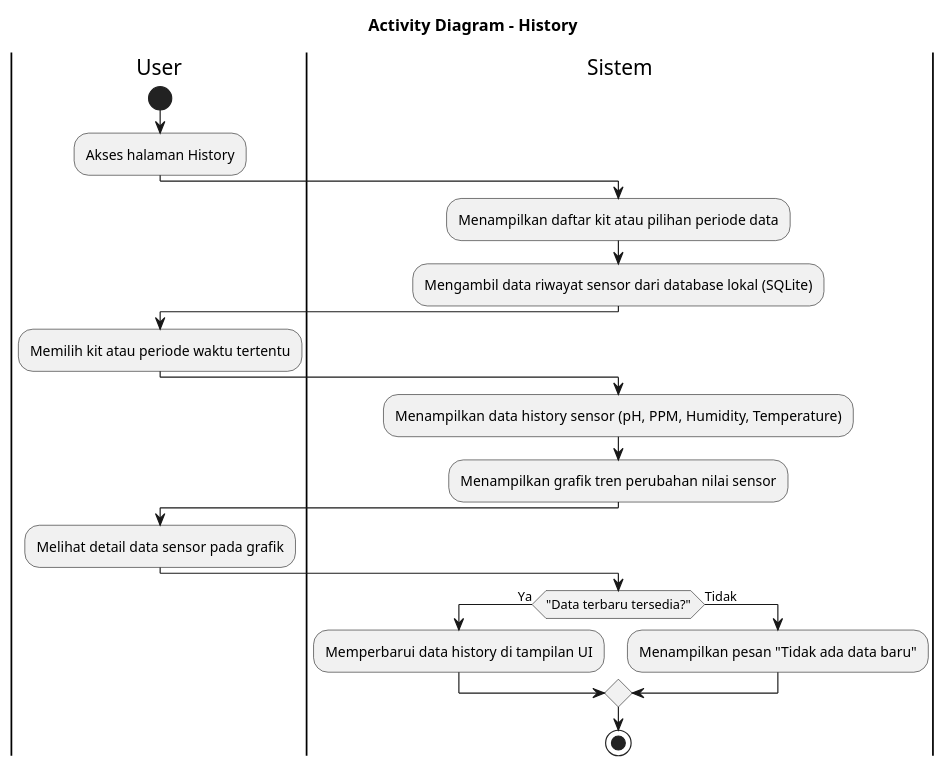
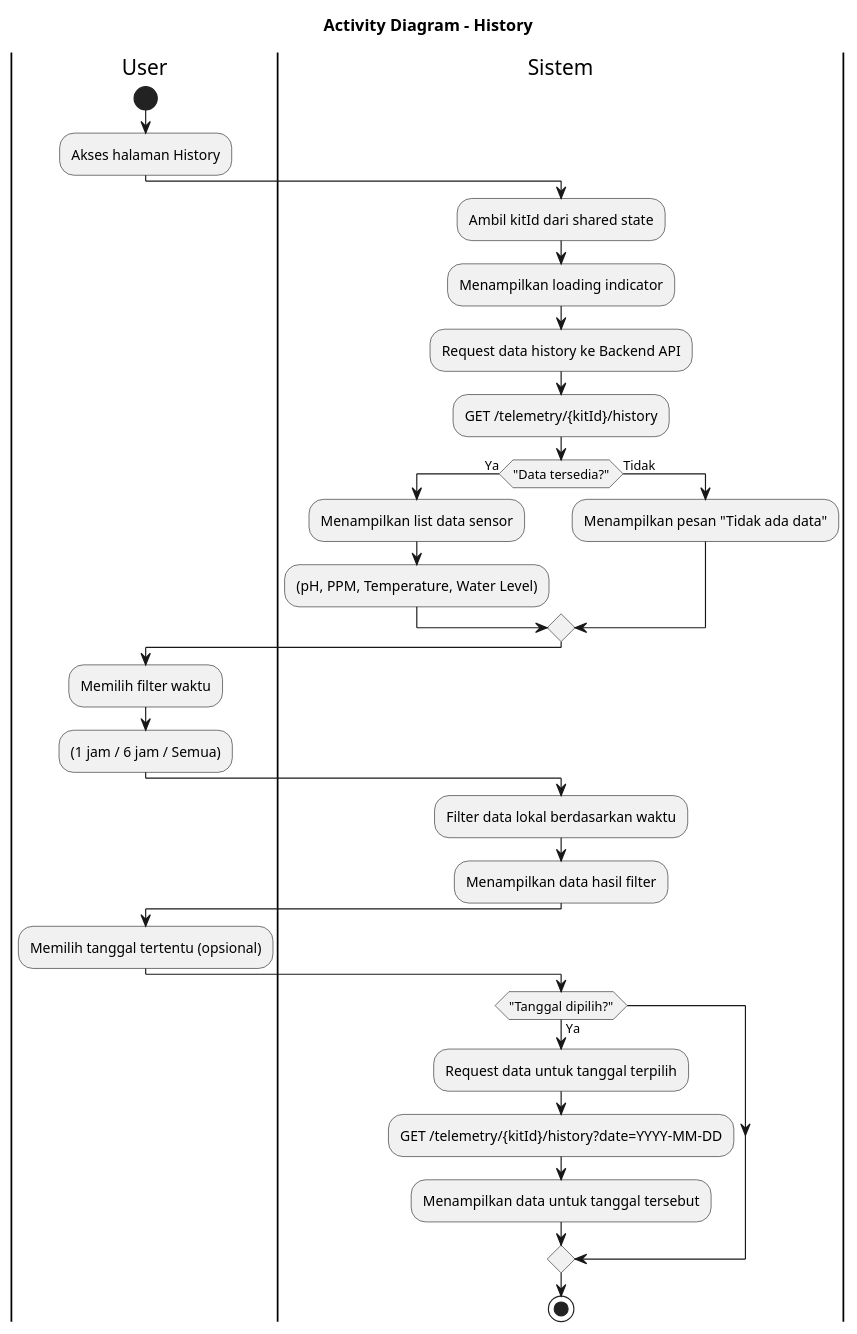
The diagram in docs/diagrams/activity/activity_history.puml (DarmawanWisnu/flutter-cea-system), drawn with PlantUML before and after one commit. The commit also changed 29 other files, not shown here.

```diff
--- a/docs/diagrams/activity/activity_history.puml
+++ b/docs/diagrams/activity/activity_history.puml
@@ -1,30 +1,40 @@
 @startuml
 title Activity Diagram - History
 
 |User|
 start
 :Akses halaman History;
 
 |Sistem|
-:Menampilkan daftar kit atau pilihan periode data;
-:Mengambil data riwayat sensor dari database lokal (SQLite);
+:Ambil kitId dari shared state;
+:Menampilkan loading indicator;
+:Request data history ke Backend API;
+:GET /telemetry/{kitId}/history;
+
+if ("Data tersedia?") then (Ya)
+  :Menampilkan list data sensor;
+  :(pH, PPM, Temperature, Water Level);
+else (Tidak)
+  :Menampilkan pesan "Tidak ada data";
+endif
 
 |User|
-:Memilih kit atau periode waktu tertentu;
+:Memilih filter waktu;
+:(1 jam / 6 jam / Semua);
 
 |Sistem|
-:Menampilkan data history sensor (pH, PPM, Humidity, Temperature);
-:Menampilkan grafik tren perubahan nilai sensor;
+:Filter data lokal berdasarkan waktu;
+:Menampilkan data hasil filter;
 
 |User|
-:Melihat detail data sensor pada grafik;
+:Memilih tanggal tertentu (opsional);
 
 |Sistem|
-if ("Data terbaru tersedia?") then (Ya)
-  :Memperbarui data history di tampilan UI;
-else (Tidak)
-  :Menampilkan pesan "Tidak ada data baru";
+if ("Tanggal dipilih?") then (Ya)
+  :Request data untuk tanggal terpilih;
+  :GET /telemetry/{kitId}/history?date=YYYY-MM-DD;
+  :Menampilkan data untuk tanggal tersebut;
 endif
 
 stop
 @enduml
```
